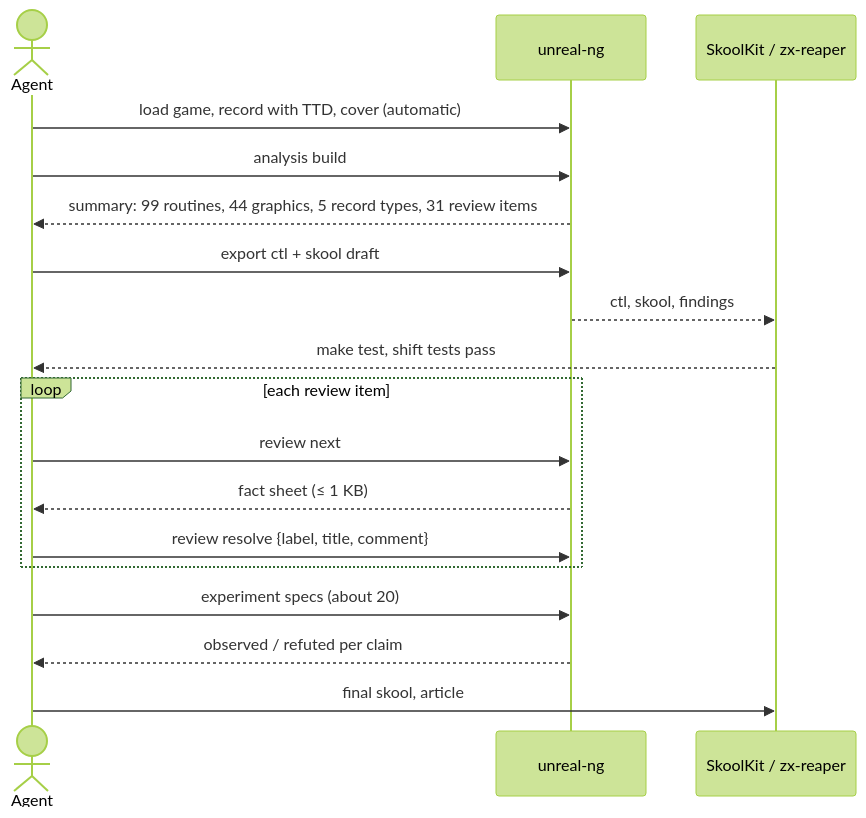
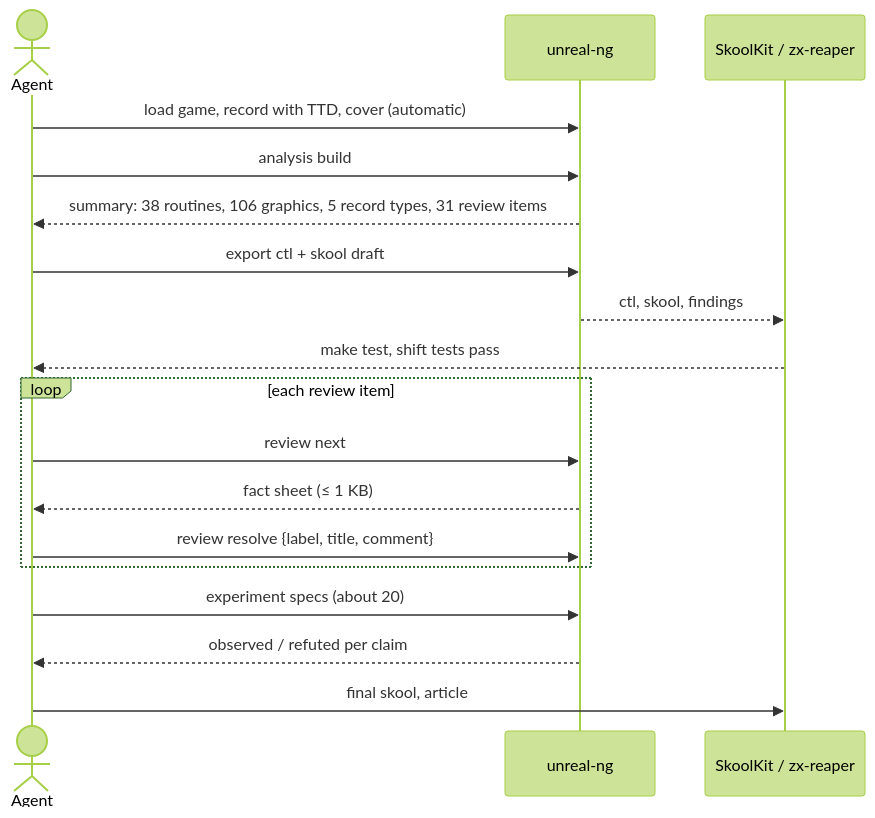
Before and after one commit to alfishe/unreal-ng: the fourth of 5 diagrams in docs/inprogress/2026-10-24-analysis-layers/README.md, drawn with Mermaid (forest theme). The commit also changed other lines of this file and 16 other files, not shown here.

````diff
--- a/docs/inprogress/2026-10-24-analysis-layers/README.md
+++ b/docs/inprogress/2026-10-24-analysis-layers/README.md
@@ -170,20 +170,20 @@
 ```mermaid
 sequenceDiagram
     actor A as Agent
     participant E as unreal-ng
     participant K as SkoolKit / zx-reaper
     A->>E: load game, record with TTD, cover (automatic)
     A->>E: analysis build
-    E-->>A: summary: 99 routines, 44 graphics, 5 record types, 31 review items
+    E-->>A: summary: 38 routines, 106 graphics, 5 record types, 31 review items
     A->>E: export ctl + skool draft
     E-->>K: ctl, skool, findings
     K-->>A: make test, shift tests pass
     loop each review item
         A->>E: review next
         E-->>A: fact sheet (≤ 1 KB)
         A->>E: review resolve {label, title, comment}
     end
     A->>E: experiment specs (about 20)
     E-->>A: observed / refuted per claim
     A->>K: final skool, article
 ```
````
